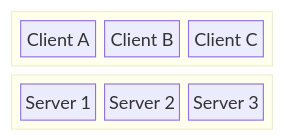
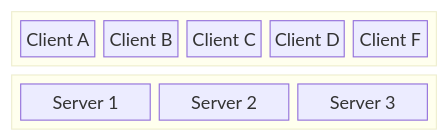
The diagram in slidegenerator/mermaid/cluster_diagram.md (jan379/quobyte-presales), drawn with Mermaid before and after one commit.

Commit message:
scale oout

````diff
--- a/slidegenerator/mermaid/cluster_diagram.md
+++ b/slidegenerator/mermaid/cluster_diagram.md
@@ -3,14 +3,18 @@
 ```mermaid
 block
 columns 1
   block:Compute
     C1["Client A"]
     C2["Client B"]
     C3["Client C"]
+    C4["Client D"]
+    C5["Client E"]
+    C5["Client F"]
   end
   block:Storage
     S1["Server 1"]
     S2["Server 2"]
     S3["Server 3"]
+    S3["Server 3"]
   end
 ```
````
